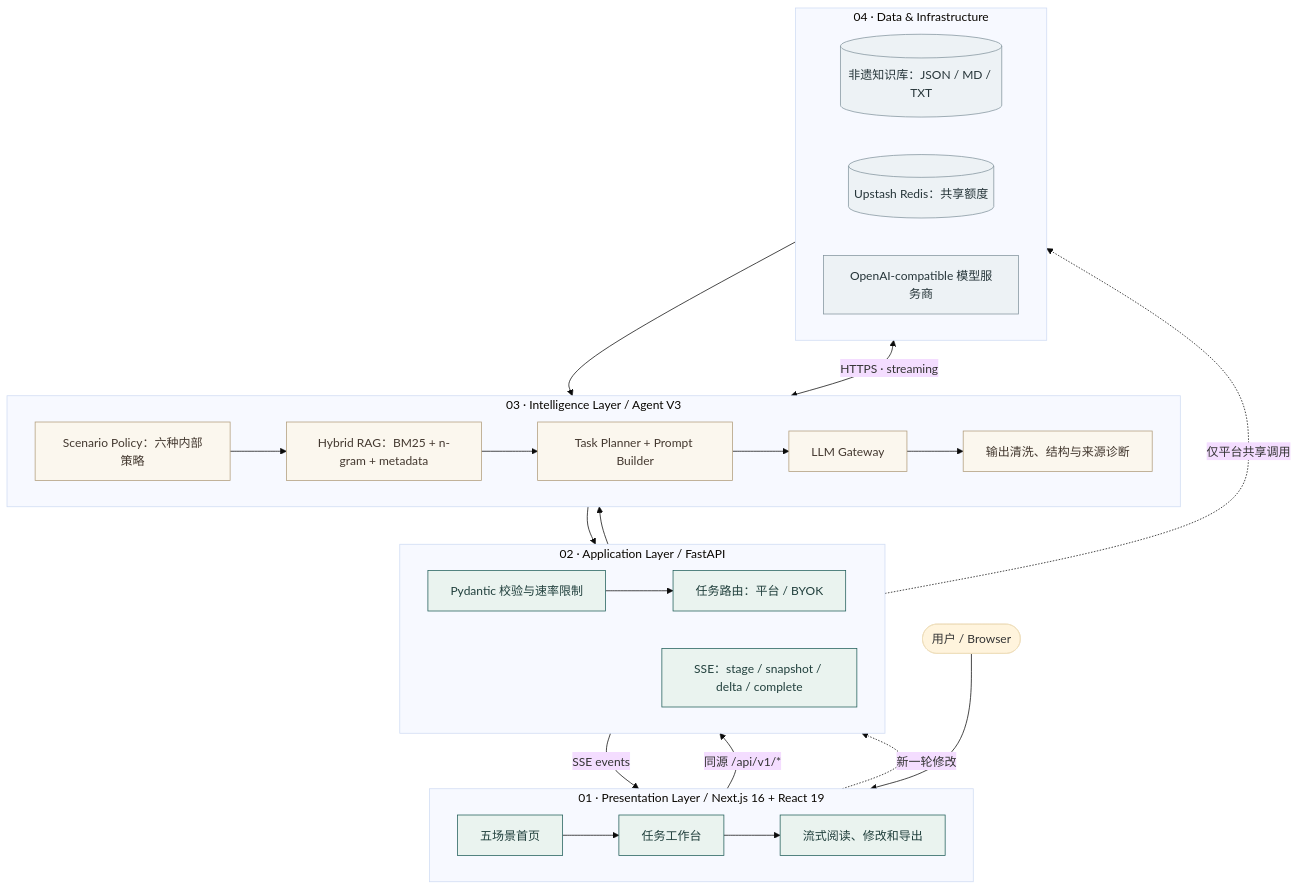
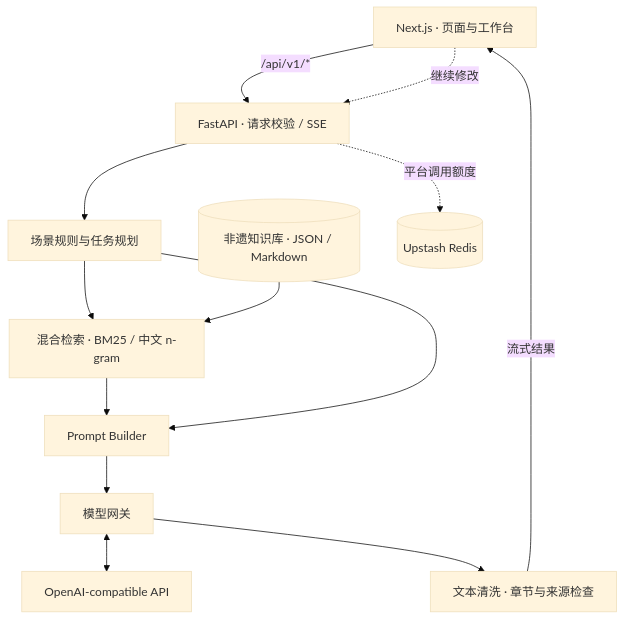
Before and after one commit to liqinglq666/Yuejian-Feiyi-Agent: the diagram in README.md, drawn with Mermaid (base theme). The commit also changed other lines of this file and 13 other files, not shown here.

````diff
--- a/README.md
+++ b/README.md
@@ -144,54 +38,15 @@
 ```mermaid
 flowchart TB
-    USER(["用户 / Browser"])
-
-    subgraph FRONTEND["01 · Presentation Layer / Next.js 16 + React 19"]
-        direction LR
-        HOME["五场景首页"]
-        STUDIO["任务工作台"]
-        REPORT["流式阅读、修改和导出"]
-        HOME --> STUDIO --> REPORT
-    end
-
-    subgraph BACKEND["02 · Application Layer / FastAPI"]
-        direction LR
-        VALIDATE["Pydantic 校验与速率限制"]
-        ROUTER["任务路由：平台 / BYOK"]
-        STREAM["SSE：stage / snapshot / delta / complete"]
-        VALIDATE --> ROUTER
-    end
-
-    subgraph AGENT["03 · Intelligence Layer / Agent V3"]
-        direction LR
-        POLICY["Scenario Policy：六种内部策略"]
-        RAG["Hybrid RAG：BM25 + n-gram + metadata"]
-        PLAN["Task Planner + Prompt Builder"]
-        GATEWAY["LLM Gateway"]
-        REVIEW["输出清洗、结构与来源诊断"]
-        POLICY --> RAG --> PLAN --> GATEWAY --> REVIEW
-    end
-
-    subgraph DATA["04 · Data & Infrastructure"]
-        direction LR
-        KB[("非遗知识库：JSON / MD / TXT")]
-        REDIS[("Upstash Redis：共享额度")]
-        PROVIDER["OpenAI-compatible 模型服务商"]
-    end
-
-    USER --> HOME
-    STUDIO -->|"同源 /api/v1/*"| VALIDATE
-    ROUTER --> POLICY
-    ROUTER -.->|"仅平台共享调用"| REDIS
-    KB --> RAG
-    GATEWAY <-->|"HTTPS · streaming"| PROVIDER
-    REVIEW --> STREAM
-    STREAM -->|"SSE events"| REPORT
-    REPORT -.->|"新一轮修改"| VALIDATE
-
-    classDef frontend fill:#eaf3ef,stroke:#205d59,color:#203f3c;
-    classDef engine fill:#fbf7ee,stroke:#b09c7b,color:#43382f;
-    classDef infrastructure fill:#edf2f5,stroke:#83949d,color:#263539;
-    class HOME,STUDIO,REPORT,VALIDATE,ROUTER,STREAM frontend;
-    class POLICY,RAG,PLAN,GATEWAY,REVIEW engine;
-    class KB,REDIS,PROVIDER infrastructure;
+    UI["Next.js · 页面与工作台"] -->|" /api/v1/* "| API["FastAPI · 请求校验 / SSE"]
+    API --> TASK["场景规则与任务规划"]
+    TASK --> RAG["混合检索 · BM25 / 中文 n-gram"]
+    DB[("非遗知识库 · JSON / Markdown")] --> RAG
+    RAG --> PROMPT["Prompt Builder"]
+    TASK --> PROMPT
+    PROMPT --> LLM["模型网关"]
+    API -.->|"平台调用额度"| REDIS[("Upstash Redis")]
+    LLM <--> MODEL["OpenAI-compatible API"]
+    LLM --> REVIEW["文本清洗 · 章节与来源检查"]
+    REVIEW -->|"流式结果"| UI
+    UI -.->|"继续修改"| API
 ```
````
